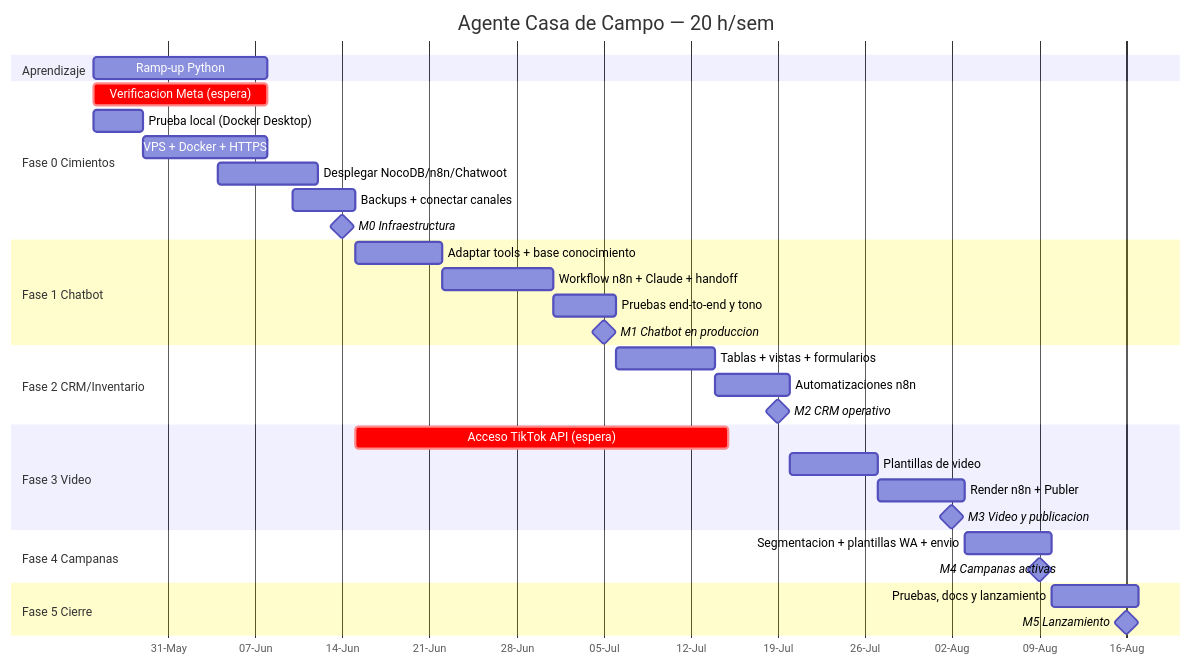
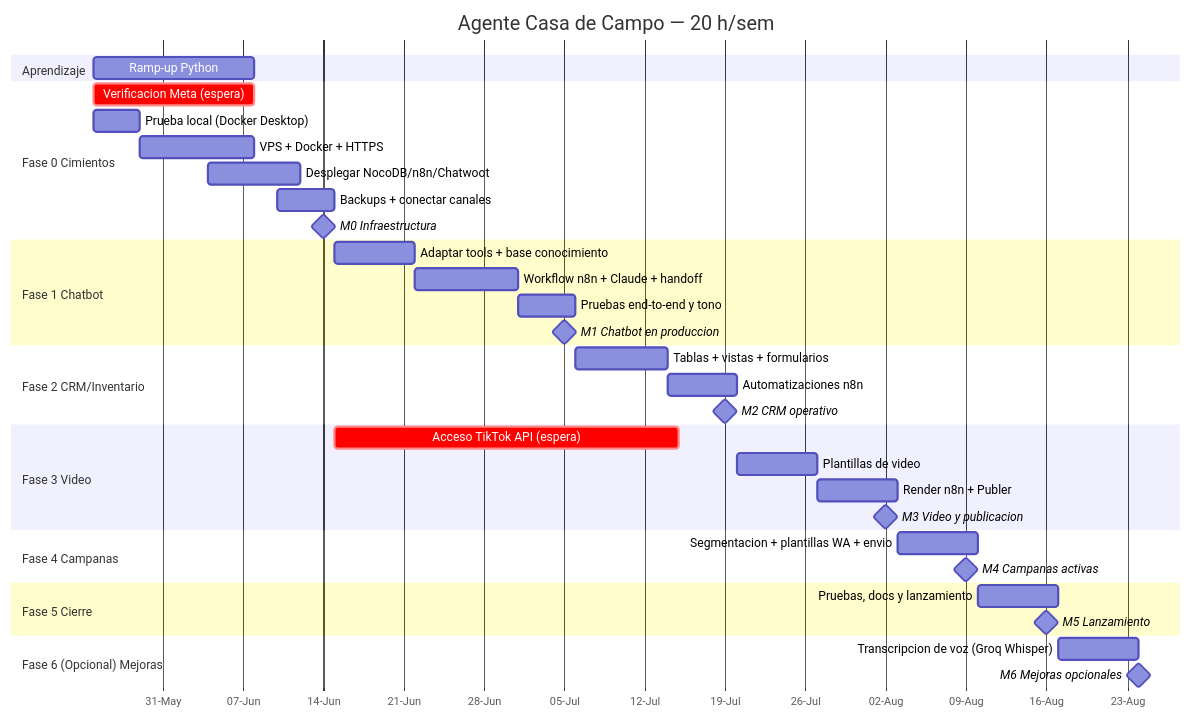
Before and after one commit to kocheluis/Casa-de-campo-agente: the diagram in PROJECT_PLAN.md, drawn with Mermaid. The commit also changed other lines of this file, not shown here.

First line of the commit message:
Plan: Fase 6 opcional - transcripcion de notas de voz con Groq Whisper

````diff
--- a/PROJECT_PLAN.md
+++ b/PROJECT_PLAN.md
@@ -53,35 +55,38 @@
 ```mermaid
 gantt
     title Agente Casa de Campo — 20 h/sem
     dateFormat YYYY-MM-DD
     axisFormat %d-%b
     section Aprendizaje
     Ramp-up Python             :py, 2026-05-25, 14d
     section Fase 0 Cimientos
     Verificacion Meta (espera) :crit, 2026-05-25, 14d
     Prueba local (Docker Desktop) :2026-05-25, 4d
     VPS + Docker + HTTPS       :2026-05-29, 10d
     Desplegar NocoDB/n8n/Chatwoot :2026-06-04, 8d
     Backups + conectar canales :2026-06-10, 5d
     M0 Infraestructura         :milestone, 2026-06-14, 0d
     section Fase 1 Chatbot
     Adaptar tools + base conocimiento :2026-06-15, 7d
     Workflow n8n + Claude + handoff   :2026-06-22, 9d
     Pruebas end-to-end y tono  :2026-07-01, 5d
     M1 Chatbot en produccion   :milestone, 2026-07-05, 0d
     section Fase 2 CRM/Inventario
     Tablas + vistas + formularios :2026-07-06, 8d
     Automatizaciones n8n       :2026-07-14, 6d
     M2 CRM operativo           :milestone, 2026-07-19, 0d
     section Fase 3 Video
     Acceso TikTok API (espera) :crit, 2026-06-15, 30d
     Plantillas de video        :2026-07-20, 7d
     Render n8n + Publer        :2026-07-27, 7d
     M3 Video y publicacion     :milestone, 2026-08-02, 0d
     section Fase 4 Campanas
     Segmentacion + plantillas WA + envio :2026-08-03, 7d
     M4 Campanas activas        :milestone, 2026-08-09, 0d
     section Fase 5 Cierre
     Pruebas, docs y lanzamiento :2026-08-10, 7d
     M5 Lanzamiento             :milestone, 2026-08-16, 0d
+    section Fase 6 (Opcional) Mejoras
+    Transcripcion de voz (Groq Whisper) :2026-08-17, 7d
+    M6 Mejoras opcionales      :milestone, 2026-08-24, 0d
 ```
````
